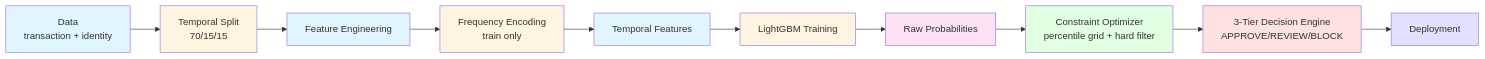
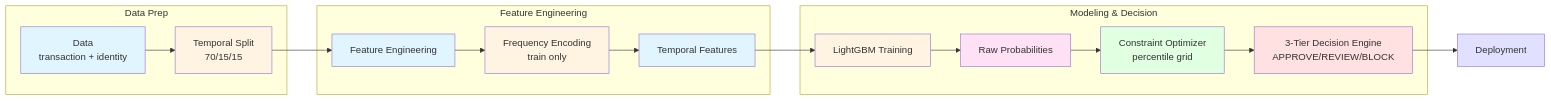
One commit to ltathu-183/Fraud-Detection-System changed the diagram in README.md. Above: the diagram before and after it, drawn with Mermaid.

Commit message:
chore: adjust dag

````diff
--- a/README.md
+++ b/README.md
@@ -9,23 +9,32 @@
 ```mermaid
 graph LR
-    A[Data<br/>transaction + identity] --> B[Temporal Split<br/>70/15/15]
-    B --> C[Feature Engineering]
-    C --> D[Frequency Encoding<br/>train only]
-    D --> E[Temporal Features]
-    E --> F[LightGBM Training]
-    F --> G[Raw Probabilities]
-    G --> H[Constraint Optimizer<br/>percentile grid + hard filter]
-    H --> I[3-Tier Decision Engine<br/>APPROVE/REVIEW/BLOCK]
+    subgraph Data Prep
+        A[Data<br/>transaction + identity] --> B[Temporal Split<br/>70/15/15]
+    end
+
+    subgraph Feature Engineering
+        B --> C[Feature Engineering]
+        C --> D[Frequency Encoding<br/>train only]
+        D --> E[Temporal Features]
+    end
+
+    subgraph Modeling & Decision
+        E --> F[LightGBM Training]
+        F --> G[Raw Probabilities]
+        G --> H[Constraint Optimizer<br/>percentile grid]
+        H --> I[3-Tier Decision Engine<br/>APPROVE/REVIEW/BLOCK]
+    end
+
     I --> J[Deployment]
 
     style A fill:#e1f5ff
     style B fill:#fff4e1
     style C fill:#e1f5ff
     style D fill:#fff4e1
     style E fill:#e1f5ff
     style F fill:#fff4e1
     style G fill:#ffe1f5
     style H fill:#e1ffe1
     style I fill:#ffe1e1
     style J fill:#e1e1ff
 ```
````
